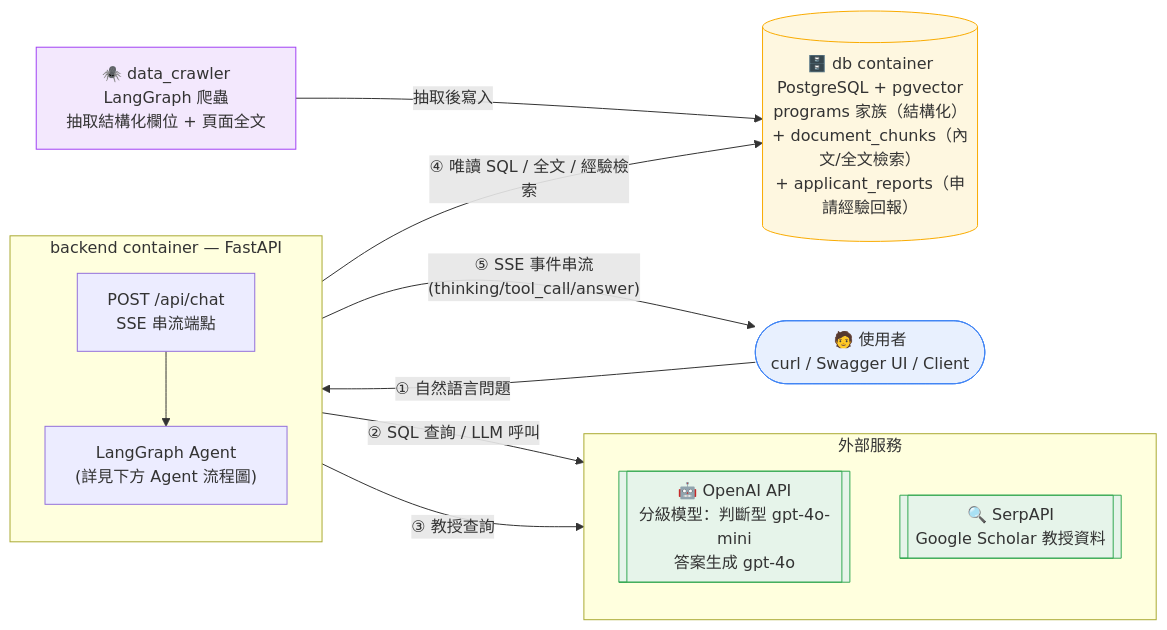
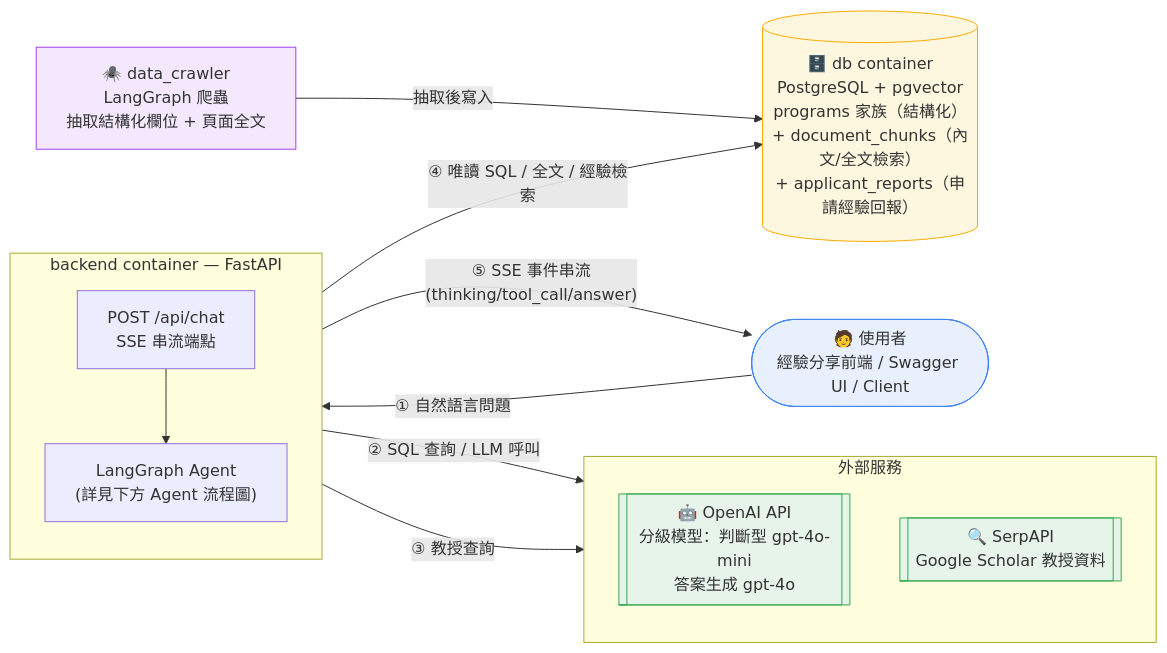
The first of 2 diagrams in README.md (iamhenryhuang/AI-Study-Abroad-Consultant), drawn with Mermaid before and after one commit. The commit also changed other lines of this file and 29 other files, not shown here.

````diff
--- a/README.md
+++ b/README.md
@@ -18,34 +18,34 @@
 ```mermaid
 flowchart LR
-    Client(["🧑 使用者<br/>curl / Swagger UI / Client"])
+    Client(["🧑 使用者<br/>經驗分享前端 / Swagger UI / Client"])
 
     subgraph Backend["backend container — FastAPI"]
         direction TB
         API["POST /api/chat<br/>SSE 串流端點"]
         Agent["LangGraph Agent<br/>(詳見下方 Agent 流程圖)"]
         API --> Agent
     end
 
     subgraph External["外部服務"]
         direction TB
         OpenAI[["🤖 OpenAI API<br/>分級模型：判斷型 gpt-4o-mini<br/>答案生成 gpt-4o"]]
         SerpAPI[["🔍 SerpAPI<br/>Google Scholar 教授資料"]]
     end
 
     DB[("🗄️ db container<br/>PostgreSQL + pgvector<br/>programs 家族（結構化）<br/>+ document_chunks（內文/全文檢索）<br/>+ applicant_reports（申請經驗回報）")]
     Crawler["🕷️ data_crawler<br/>LangGraph 爬蟲<br/>抽取結構化欄位 + 頁面全文"]
 
     Crawler -- "抽取後寫入" --> DB
     Client -- "① 自然語言問題" --> API
     Agent -- "② SQL 查詢 / LLM 呼叫" --> OpenAI
     Agent -- "③ 教授查詢" --> SerpAPI
     Agent -- "④ 唯讀 SQL / 全文 / 經驗檢索" --> DB
     Agent -- "⑤ SSE 事件串流<br/>(thinking/tool_call/answer)" --> Client
 
     style Crawler fill:#f3e8fd,stroke:#a142f4
 
     style Client fill:#e8f0fe,stroke:#4285f4
     style DB fill:#fef7e0,stroke:#f9ab00
     style OpenAI fill:#e6f4ea,stroke:#34a853
     style SerpAPI fill:#e6f4ea,stroke:#34a853
 ```
````
